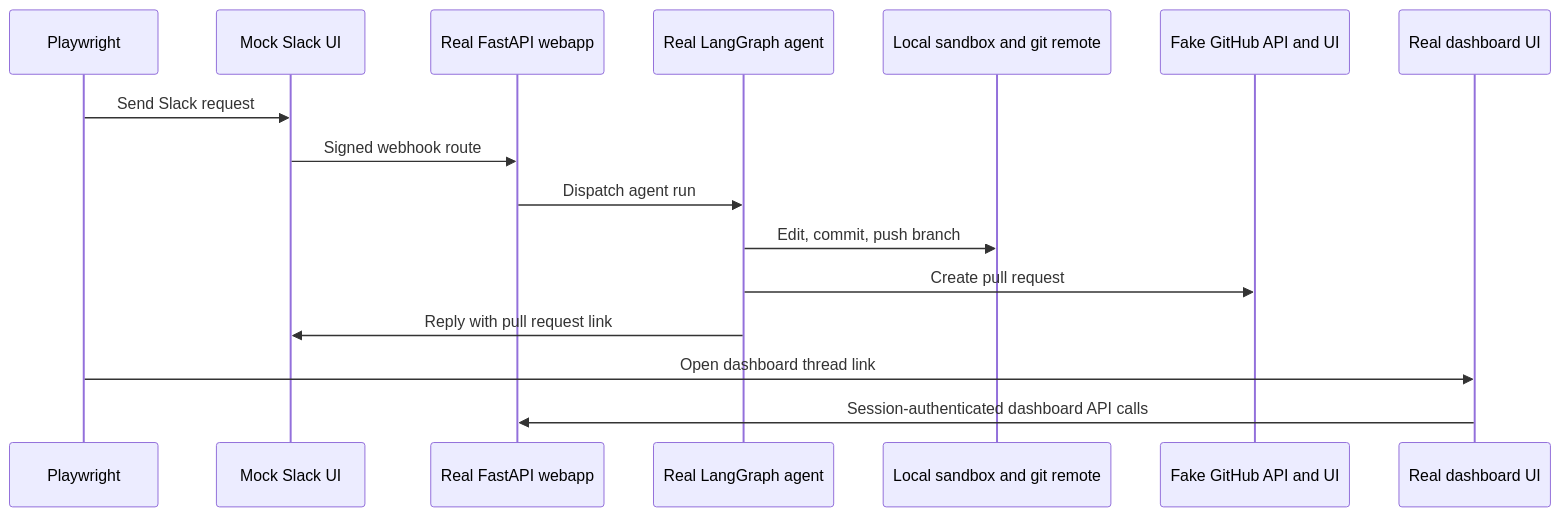
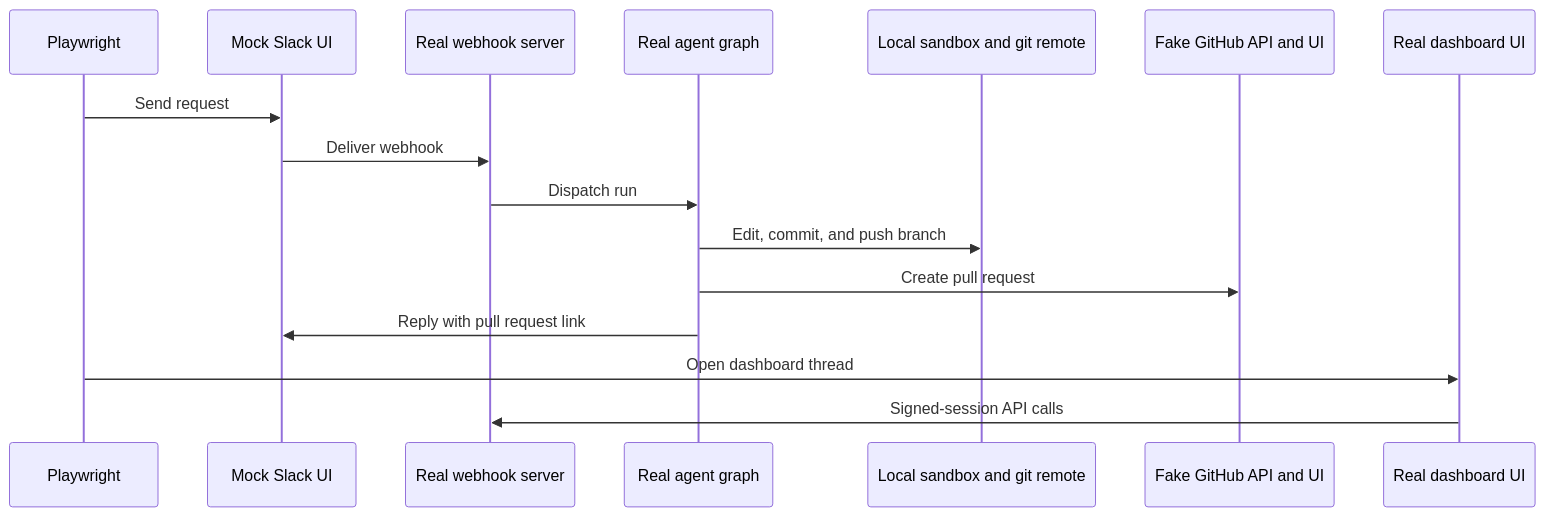
Before and after one commit to langchain-ai/open-swe: the second of 2 diagrams in openwiki/testing/overview.md, drawn with Mermaid. The commit also changed other lines of this file and 21 other files, not shown here.

````diff
--- a/openwiki/testing/overview.md
+++ b/openwiki/testing/overview.md
@@ -180,18 +158,18 @@
 ```mermaid
 sequenceDiagram
     participant PW as Playwright
-    participant MockSlack as Mock Slack UI
-    participant Webapp as Real FastAPI webapp
-    participant Graph as Real LangGraph agent
-    participant Sandbox as Local sandbox and git remote
-    participant MockGitHub as Fake GitHub API and UI
-    participant Dashboard as Real dashboard UI
-    PW->>MockSlack: Send Slack request
-    MockSlack->>Webapp: Signed webhook route
-    Webapp->>Graph: Dispatch agent run
-    Graph->>Sandbox: Edit, commit, push branch
-    Graph->>MockGitHub: Create pull request
-    Graph->>MockSlack: Reply with pull request link
-    PW->>Dashboard: Open dashboard thread link
-    Dashboard->>Webapp: Session-authenticated dashboard API calls
+    participant Slack as Mock Slack UI
+    participant Server as Real webhook server
+    participant Agent as Real agent graph
+    participant Local as Local sandbox and git remote
+    participant GitHub as Fake GitHub API and UI
+    participant Dash as Real dashboard UI
+    PW->>Slack: Send request
+    Slack->>Server: Deliver webhook
+    Server->>Agent: Dispatch run
+    Agent->>Local: Edit, commit, and push branch
+    Agent->>GitHub: Create pull request
+    Agent->>Slack: Reply with pull request link
+    PW->>Dash: Open dashboard thread
+    Dash->>Server: Signed-session API calls
 ```
````
